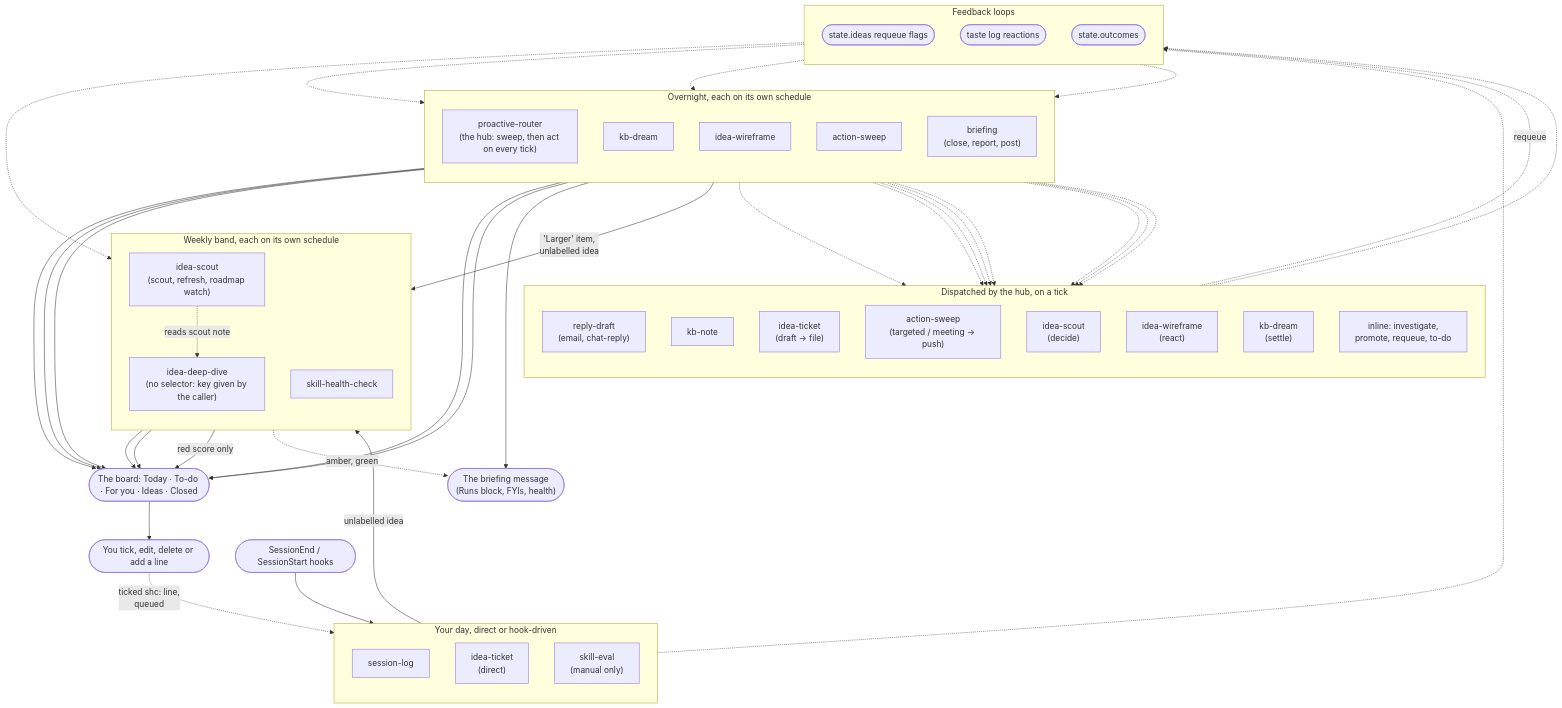
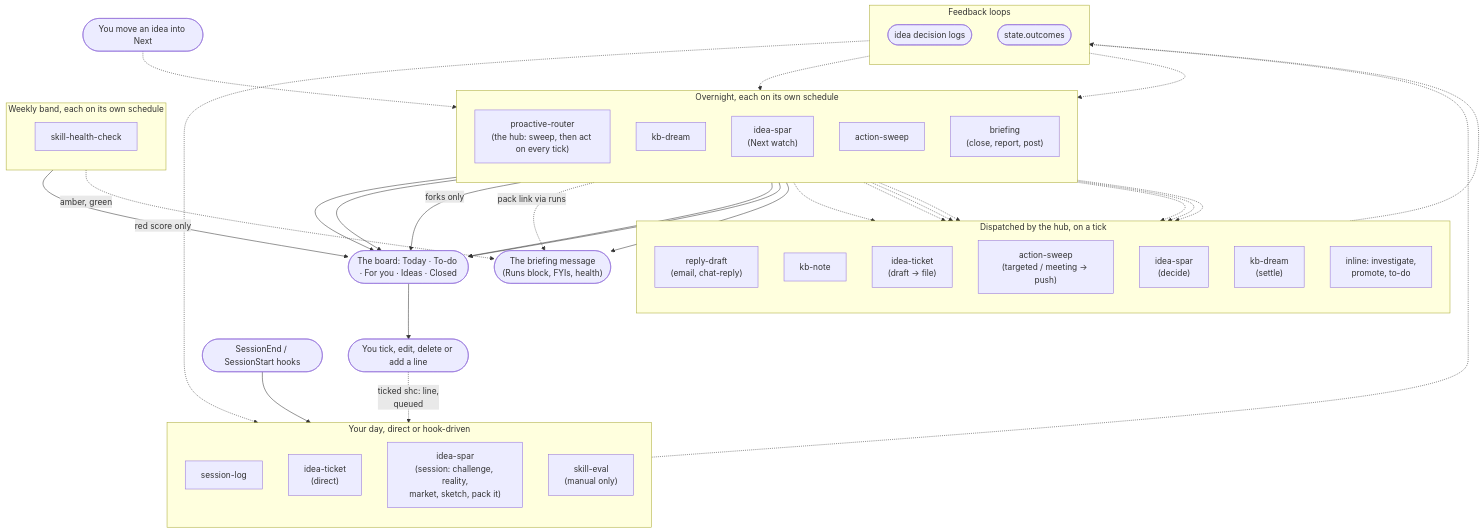
Before and after one commit to mrp901/marcketplace: the diagram in docs/skill-flow.md, drawn with Mermaid. The commit also changed other lines of this file and 68 other files, not shown here.

First line of the commit message:
add(idea-spar): replace the idea pipeline with an interactive sparring skill

```diff
--- a/docs/skill-flow.md
+++ b/docs/skill-flow.md
@@ -32,7 +32,7 @@
         direction TB
         router["proactive-router\n(the hub: sweep, then act on every tick)"]
         dream["kb-dream"]
-        wireframe["idea-wireframe"]
+        sparwatch["idea-spar\n(Next watch)"]
         sweep["action-sweep"]
         briefing["briefing\n(close, report, post)"]
     end
@@ -43,7 +43,8 @@
 
     router --> board
     dream --> board
-    wireframe --> board
+    sparwatch -->|"forks only"| board
+    sparwatch -.->|"pack link via runs"| message
     sweep --> board
     briefing --> board
     briefing --> message
@@ -55,18 +56,16 @@
         kbnote["kb-note"]
         ideaticket["idea-ticket\n(draft → file)"]
         sweeptargeted["action-sweep\n(targeted / meeting → push)"]
-        scoutdecide["idea-scout\n(decide)"]
-        wireframereact["idea-wireframe\n(react)"]
+        spardecide["idea-spar\n(decide)"]
         dreamsettle["kb-dream\n(settle)"]
-        inline["inline: investigate,\npromote, requeue, to-do"]
+        inline["inline: investigate,\npromote, to-do"]
     end
 
     router -.-> replydraft
     router -.-> kbnote
     router -.-> ideaticket
     router -.-> sweeptargeted
-    router -.-> scoutdecide
-    router -.-> wireframereact
+    router -.-> spardecide
     router -.-> dreamsettle
     router -.-> inline
 
@@ -74,39 +73,32 @@
         direction TB
         sessionlog["session-log"]
         ideaticketdirect["idea-ticket\n(direct)"]
+        sparsession["idea-spar\n(session: challenge, reality,\nmarket, sketch, pack it)"]
         skilleval["skill-eval\n(manual only)"]
     end
 
     sessionhook(["SessionEnd / SessionStart hooks"])
     sessionhook --> sessionlog
+    roadmap(["You move an idea into Next"])
+    roadmap -.-> sparwatch
 
     subgraph weekly["Weekly band, each on its own schedule"]
         direction TB
-        scout["idea-scout\n(scout, refresh, roadmap watch)"]
-        deepdive["idea-deep-dive\n(no selector: key given by the caller)"]
         healthcheck["skill-health-check"]
     end
 
-    ideaticketdirect -->|"unlabelled idea"| scout
-    sweep -->|"'Larger' item,\nunlabelled idea"| scout
-    scout -.->|"reads scout note"| deepdive
-    scout --> board
-    deepdive --> board
     healthcheck -->|"red score only"| board
     healthcheck -.->|"amber, green"| message
 
     subgraph feedback["Feedback loops"]
         direction TB
-        requeue(["state.ideas requeue flags"])
-        tastelog(["taste log reactions"])
+        decisionlog(["idea decision logs"])
         outcomes(["state.outcomes"])
     end
 
-    inline -.->|"requeue"| requeue
-    wireframereact -.-> tastelog
-    requeue -.-> scout
-    requeue -.-> wireframe
-    tastelog -.-> wireframe
+    spardecide -.-> decisionlog
+    decisionlog -.-> sparsession
+    decisionlog -.-> sparwatch
     tick -.->|"ticked shc: line,\nqueued"| skilleval
     skilleval -.-> outcomes
     outcomes -.-> briefing
```
